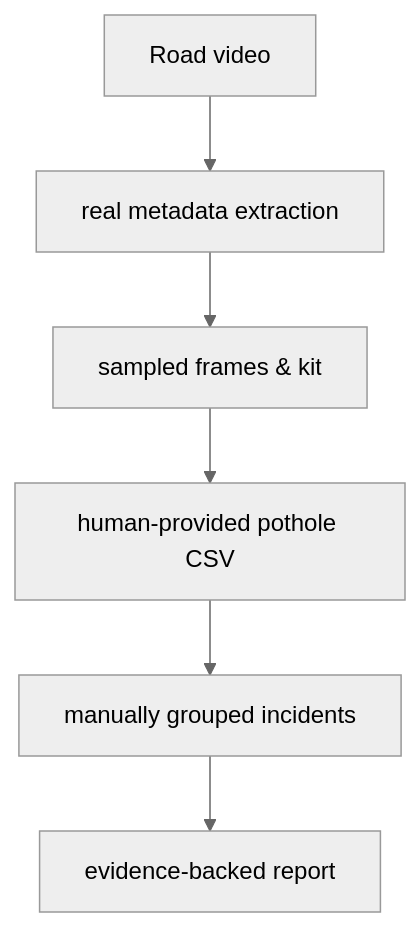
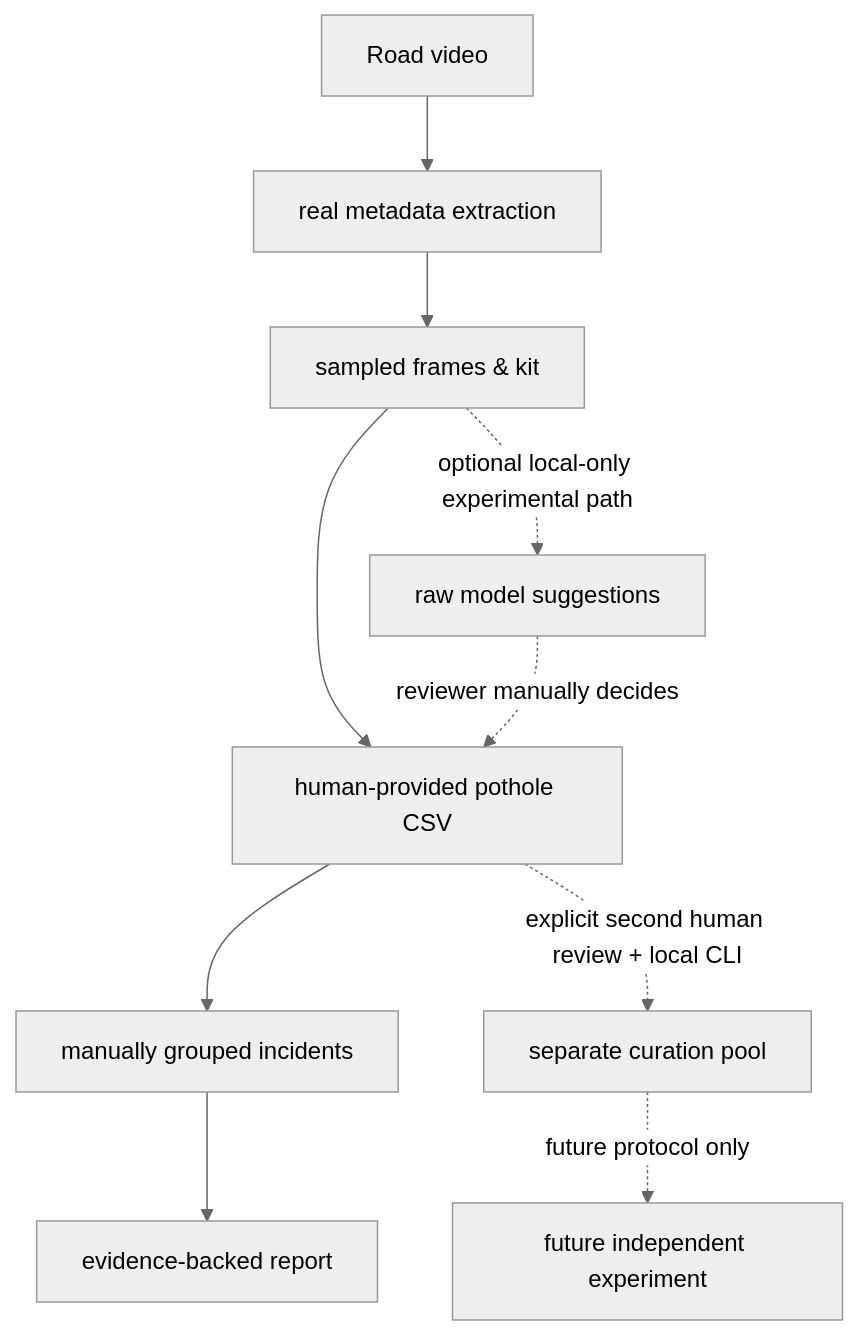
One commit to aniket889999/RoadSense-India- changed the diagram in docs/architecture.md. Above: the diagram before and after it, drawn with Mermaid (neutral theme). The commit also changed other lines of this file and 23 other files, not shown here.

Commit message:
feat: add local experimental inference and curation

````diff
--- a/docs/architecture.md
+++ b/docs/architecture.md
@@ -5,8 +5,12 @@
 ```mermaid
 graph TD
     A[Road video] --> B[real metadata extraction]
     B --> C[sampled frames & kit]
     C --> D[human-provided pothole CSV]
     D --> E[manually grouped incidents]
     E --> F[evidence-backed report]
+    C -. optional local-only experimental path .-> G[raw model suggestions]
+    G -. reviewer manually decides .-> D
+    D -. explicit second human review + local CLI .-> H[separate curation pool]
+    H -. future protocol only .-> I[future independent experiment]
 ```
````
